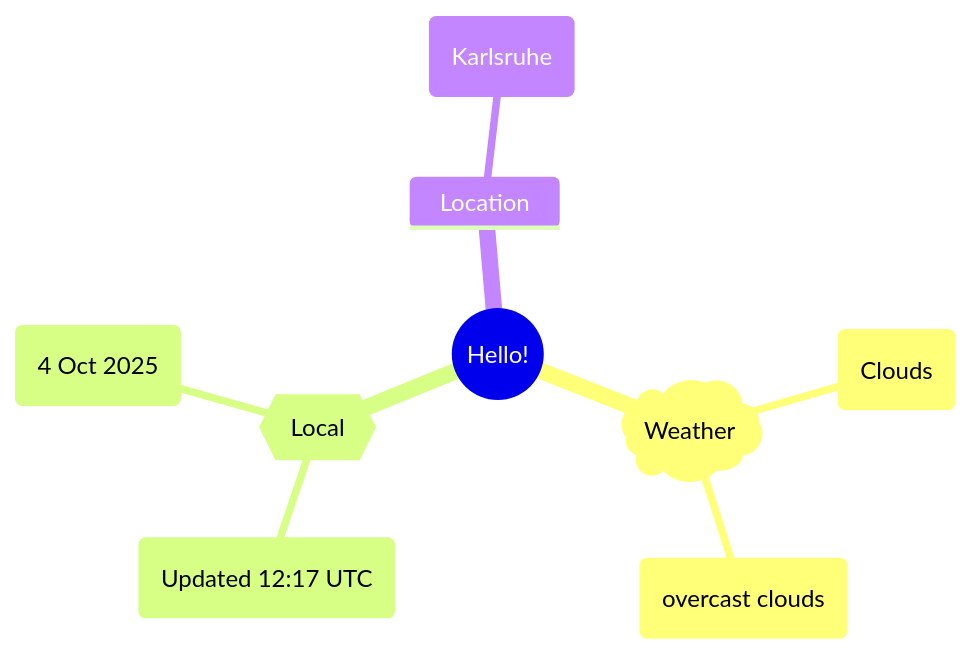
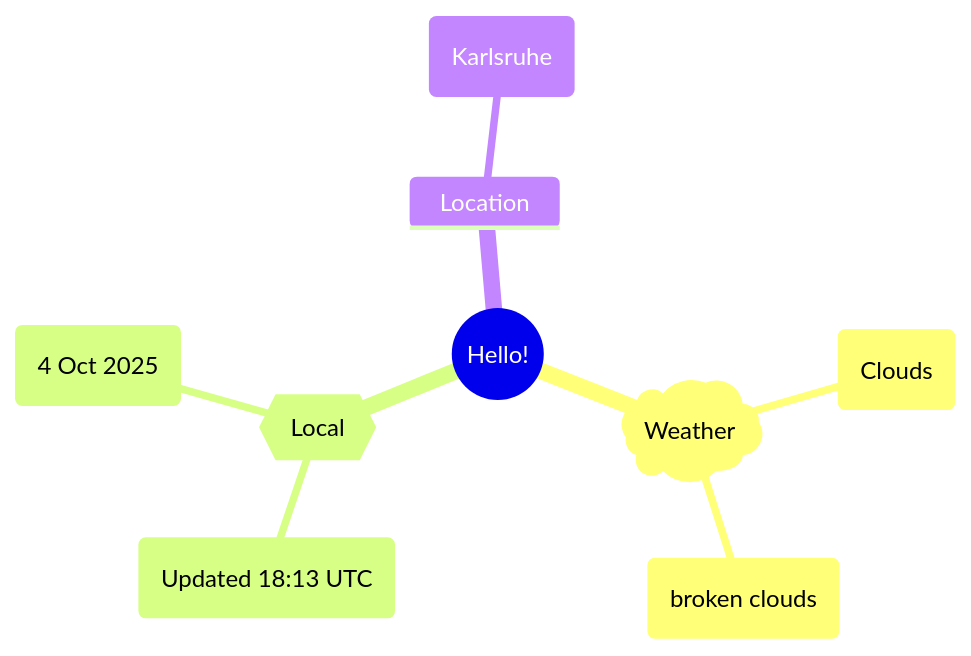
Before and after one commit to Xosrov/Xosrov: the first of 2 diagrams in README.md, drawn with Mermaid.

Commit message:
[bot] updated images

````diff
--- a/README.md
+++ b/README.md
@@ -3,12 +3,12 @@
 ```mermaid
 mindmap
   root((Hello!))
     )Weather(
         (Clouds)
-        (overcast clouds)
+        (broken clouds)
     {{Local}}
-        (Updated 12:17 UTC)
+        (Updated 18:13 UTC)
         (4 Oct 2025)
     Location
         (Karlsruhe)
 ```
````
